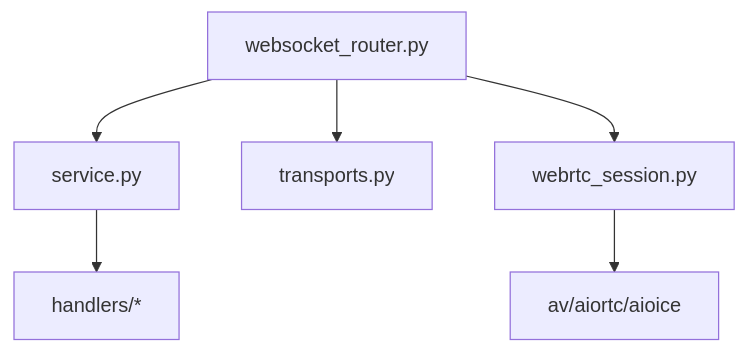
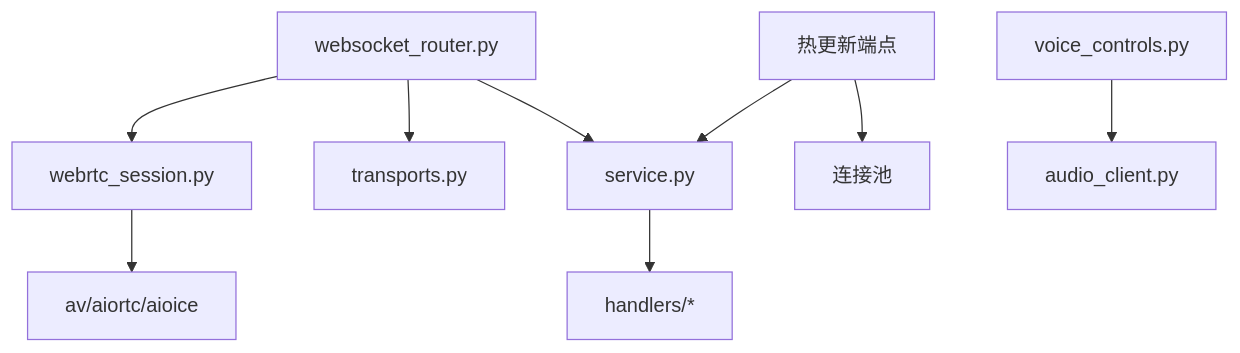
Diagram 11 of 11 in .qoder/repowiki/zh/content/OpenAI Realtime API/OpenAI Realtime API.md (joezxh/speech-to-speech), drawn with Mermaid before and after one commit. The commit also changed other lines of this file and 1743 other files, not shown here.

````diff
--- a/.qoder/repowiki/zh/content/OpenAI Realtime API/OpenAI Realtime API.md
+++ b/.qoder/repowiki/zh/content/OpenAI Realtime API/OpenAI Realtime API.md
@@ -375,8 +535,11 @@
 ```mermaid
 graph TB
 Router["websocket_router.py"] --> Service["service.py"]
 Router --> Transports["transports.py"]
 Router --> WebRTC["webrtc_session.py"]
 Service --> Handlers["handlers/*"]
 WebRTC --> AV["av/aiortc/aioice"]
+VoiceControls["voice_controls.py"] --> AudioClient["audio_client.py"]
+InternalUpdate["热更新端点"] --> Pool["连接池"]
+InternalUpdate --> Service
 ```
````
